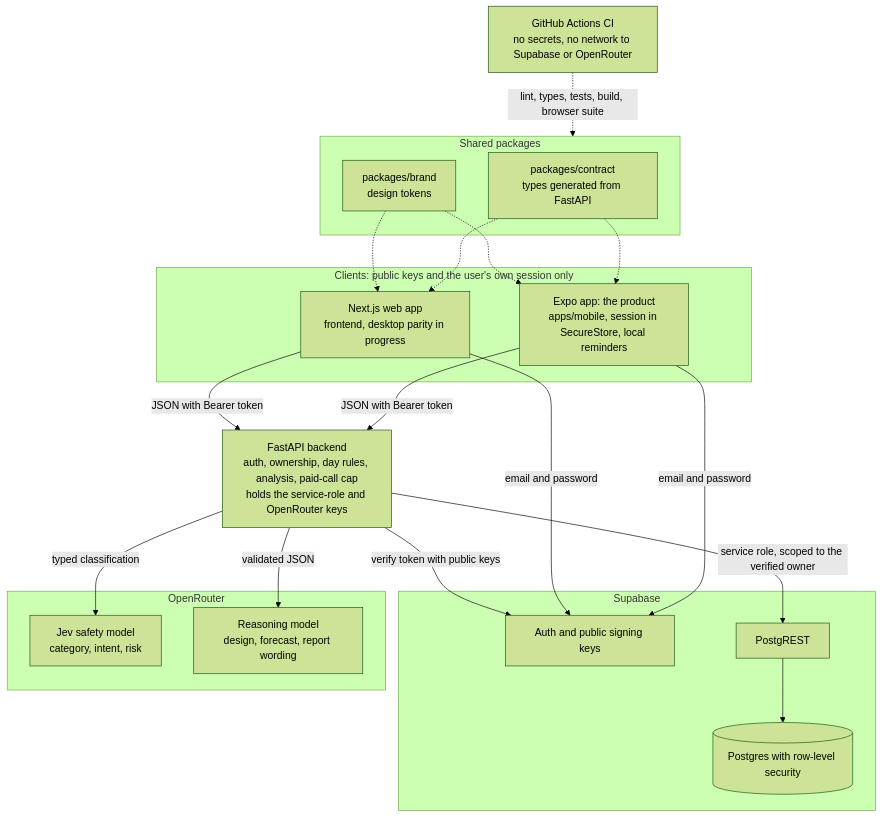
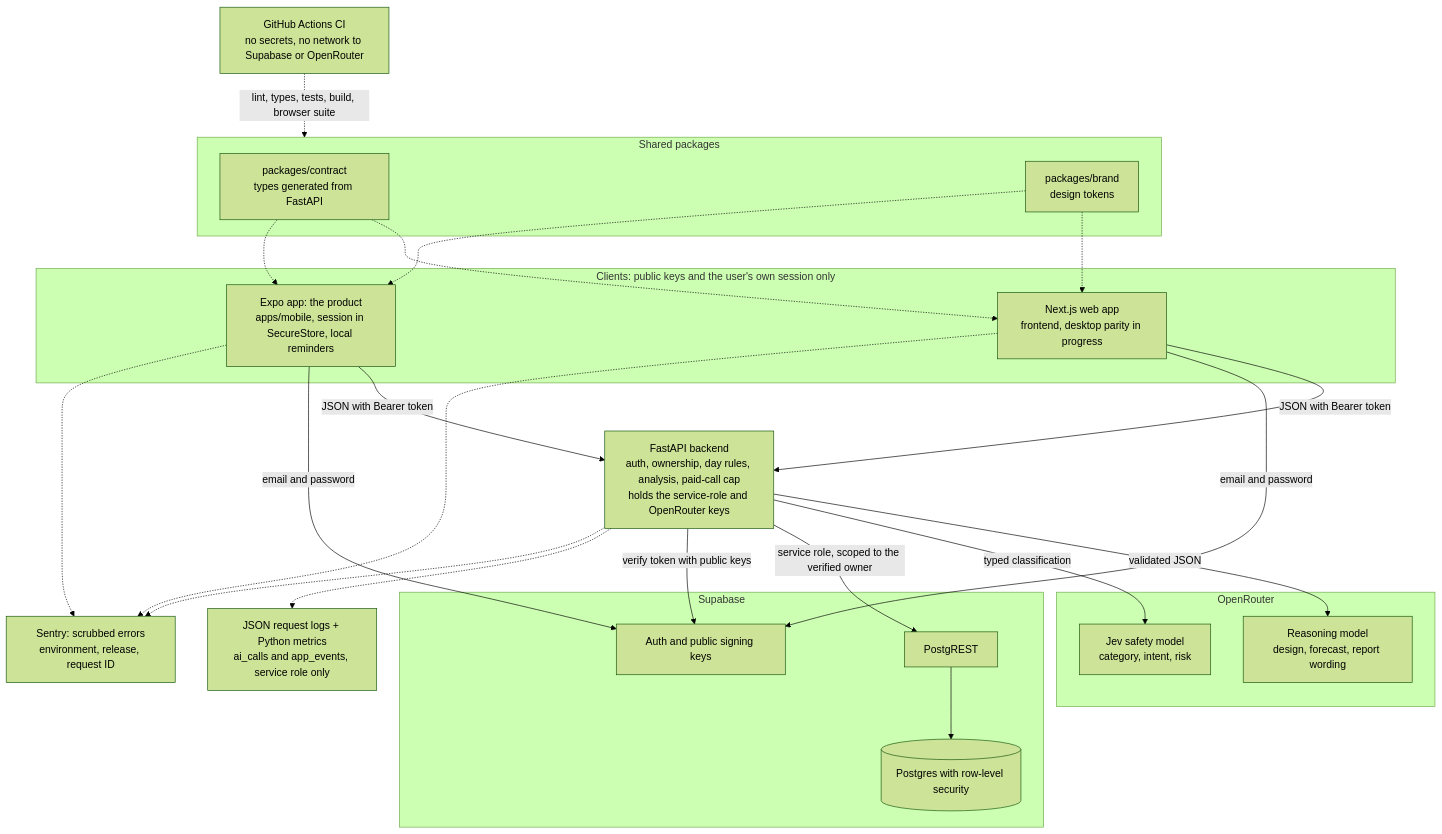
The first of 6 diagrams in docs/ARCHITECTURE.md (mnahsanofficial/rhythm-health), drawn with Mermaid (forest theme) before and after one commit. The commit also changed other lines of this file and 52 other files, not shown here.

````diff
--- a/docs/ARCHITECTURE.md
+++ b/docs/ARCHITECTURE.md
@@ -19,36 +19,42 @@
 ```mermaid
 flowchart TB
     subgraph Clients["Clients: public keys and the user's own session only"]
         M["Expo app: the product<br/>apps/mobile, session in SecureStore, local reminders"]
         W["Next.js web app<br/>frontend, desktop parity in progress"]
     end
     subgraph Shared["Shared packages"]
         C["packages/contract<br/>types generated from FastAPI"]
         B["packages/brand<br/>design tokens"]
     end
     API["FastAPI backend<br/>auth, ownership, day rules, analysis, paid-call cap<br/>holds the service-role and OpenRouter keys"]
     subgraph SB["Supabase"]
         A["Auth and public signing keys"]
         REST["PostgREST"]
         PG[("Postgres with row-level security")]
         REST --> PG
     end
     subgraph OR["OpenRouter"]
         J["Jev safety model<br/>category, intent, risk"]
         R["Reasoning model<br/>design, forecast, report wording"]
     end
+    Sentry["Sentry: scrubbed errors<br/>environment, release, request ID"]
+    Logs["JSON request logs + Python metrics<br/>ai_calls and app_events, service role only"]
+    API -.-> Sentry
+    W -.-> Sentry
+    M -.-> Sentry
+    API -.-> Logs
     CI["GitHub Actions CI<br/>no secrets, no network to Supabase or OpenRouter"]
     M -->|"email and password"| A
     W -->|"email and password"| A
     M -->|"JSON with Bearer token"| API
     W -->|"JSON with Bearer token"| API
     API -->|"verify token with public keys"| A
     API -->|"service role, scoped to the verified owner"| REST
     API -->|"typed classification"| J
     API -->|"validated JSON"| R
     C -.-> M
     C -.-> W
     B -.-> M
     B -.-> W
     CI -.->|"lint, types, tests, build, browser suite"| Shared
 ```
````
